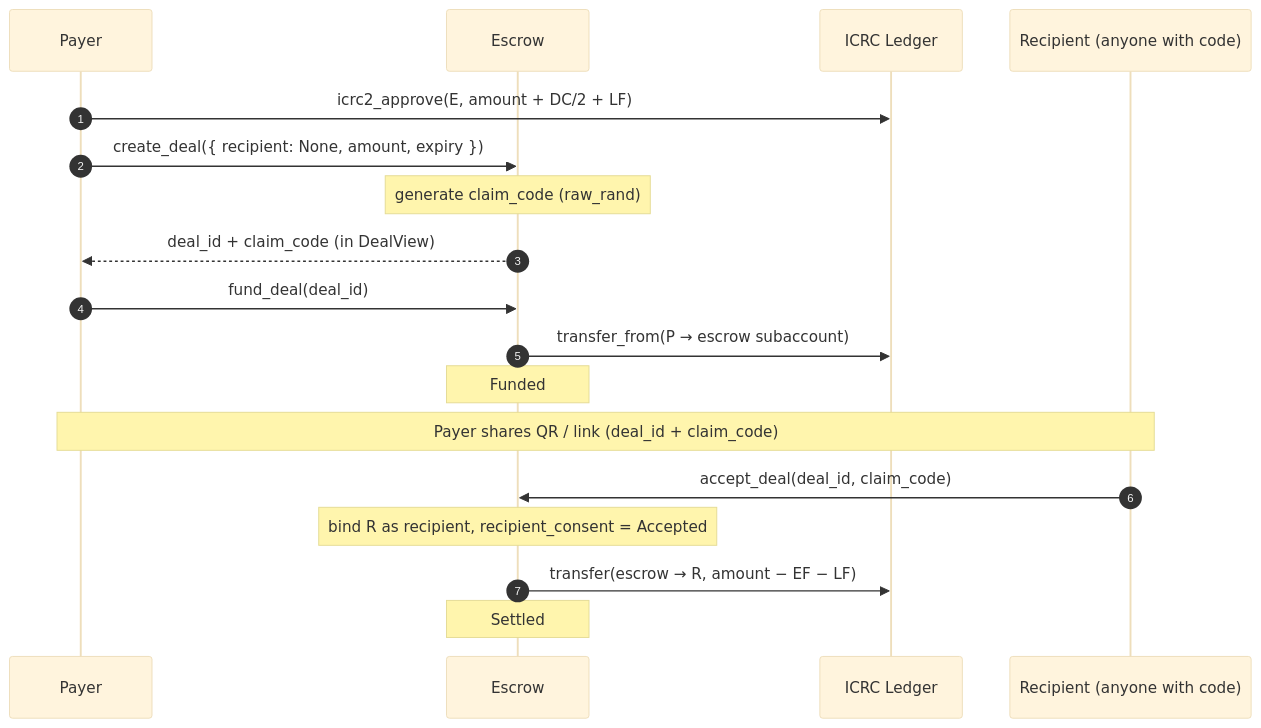
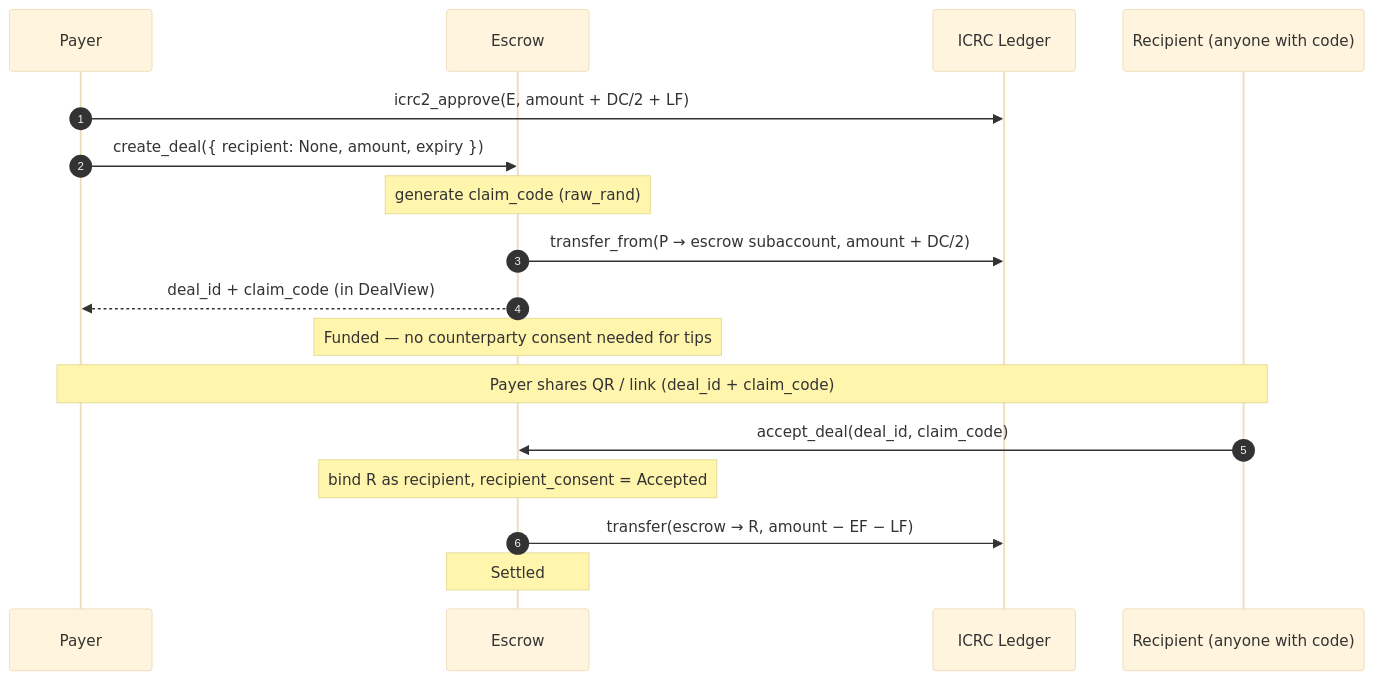
Before and after one commit to AntonioVentilii/escrow: the first of 2 diagrams in docs/flows/tip.md, drawn with Mermaid (base theme). The commit also changed other lines of this file and 8 other files, not shown here.

````diff
--- a/docs/flows/tip.md
+++ b/docs/flows/tip.md
@@ -7,24 +9,22 @@
 ```mermaid
 sequenceDiagram
     autonumber
     participant P as Payer
     participant E as Escrow
     participant L as ICRC Ledger
     participant R as Recipient (anyone with code)
 
     P->>L: icrc2_approve(E, amount + DC/2 + LF)
     P->>E: create_deal({ recipient: None, amount, expiry })
     Note over E: generate claim_code (raw_rand)
+    E->>L: transfer_from(P → escrow subaccount, amount + DC/2)
     E-->>P: deal_id + claim_code (in DealView)
-
-    P->>E: fund_deal(deal_id)
-    E->>L: transfer_from(P → escrow subaccount)
-    Note over E: Funded
+    Note over E: Funded — no counterparty consent needed for tips
 
     Note over P,R: Payer shares QR / link (deal_id + claim_code)
 
     R->>E: accept_deal(deal_id, claim_code)
     Note over E: bind R as recipient, recipient_consent = Accepted
     E->>L: transfer(escrow → R, amount − EF − LF)
     Note over E: Settled
 ```
````
